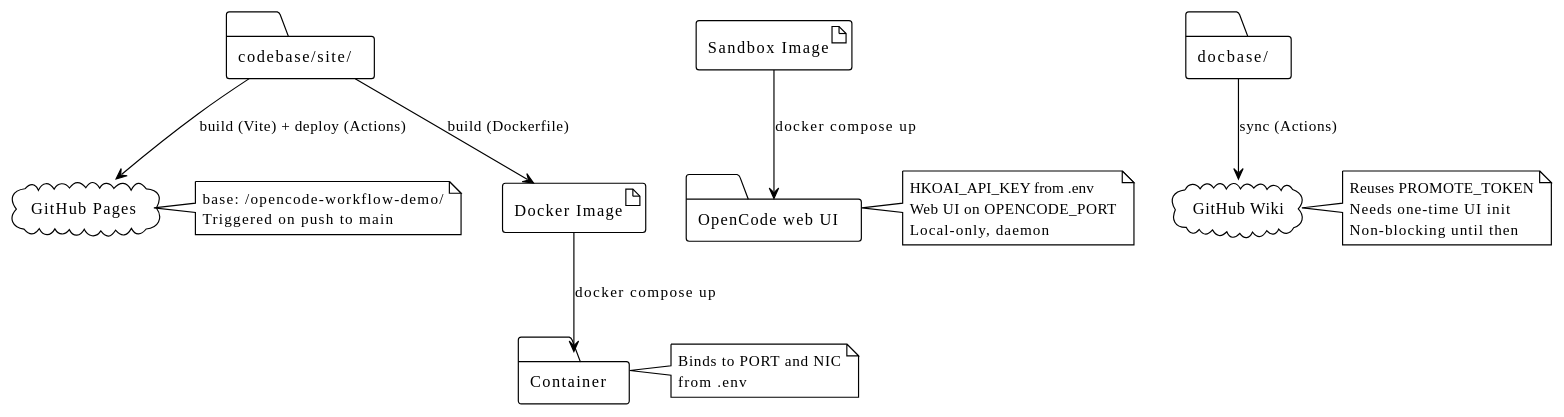
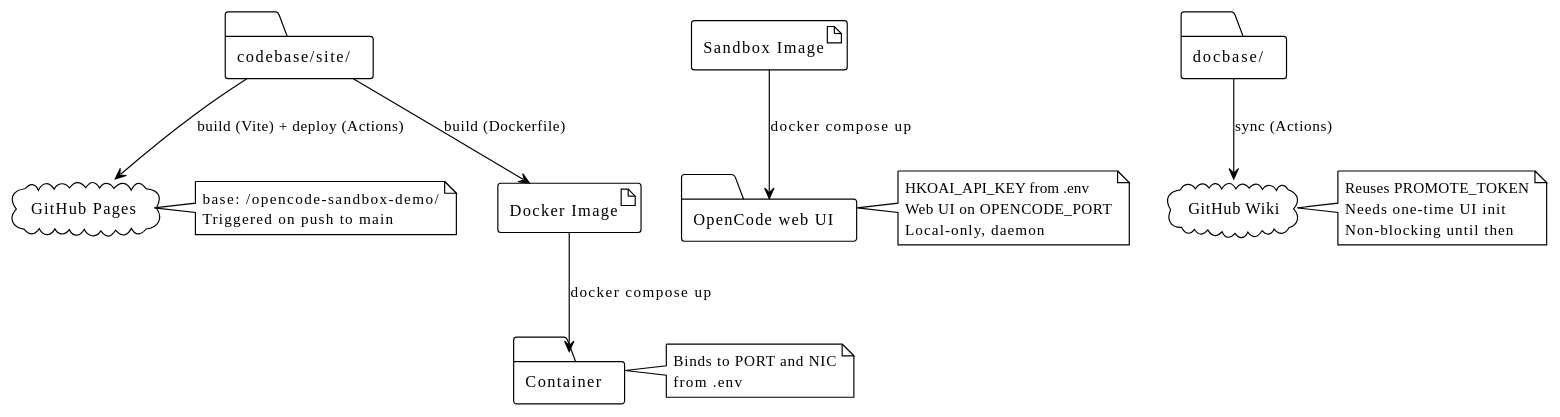
The fourth of 4 diagrams in docbase/docs/Architecture.md (Mcc-Mak/opencode-sandbox-demo), drawn with PlantUML before and after one commit. The commit also changed 11 other files, not shown here.

````diff
--- a/docbase/docs/Architecture.md
+++ b/docbase/docs/Architecture.md
@@ -111,42 +111,42 @@
 ```plantuml
 @startuml
 !theme plain
 
 artifact "Docker Image" as image
 artifact "Sandbox Image" as sbimage
 folder "Container" as container
 folder "OpenCode web UI" as sandbox
 cloud "GitHub Pages" as pages
 cloud "GitHub Wiki" as wiki
 folder "codebase/site/" as source
 folder "docbase/" as docs
 
 source --> image : build (Dockerfile)
 image --> container : docker compose up
 sbimage --> sandbox : docker compose up
 source --> pages : build (Vite) + deploy (Actions)
 docs --> wiki : sync (Actions)
 
 note right of container
   Binds to PORT and NIC
   from .env
 end note
 
 note right of sandbox
   HKOAI_API_KEY from .env
   Web UI on OPENCODE_PORT
   Local-only, daemon
 end note
 
 note right of pages
-  base: /opencode-workflow-demo/
+  base: /opencode-sandbox-demo/
   Triggered on push to main
 end note
 
 note right of wiki
   Reuses PROMOTE_TOKEN
   Needs one-time UI init
   Non-blocking until then
 end note
 @enduml
 ```
````
